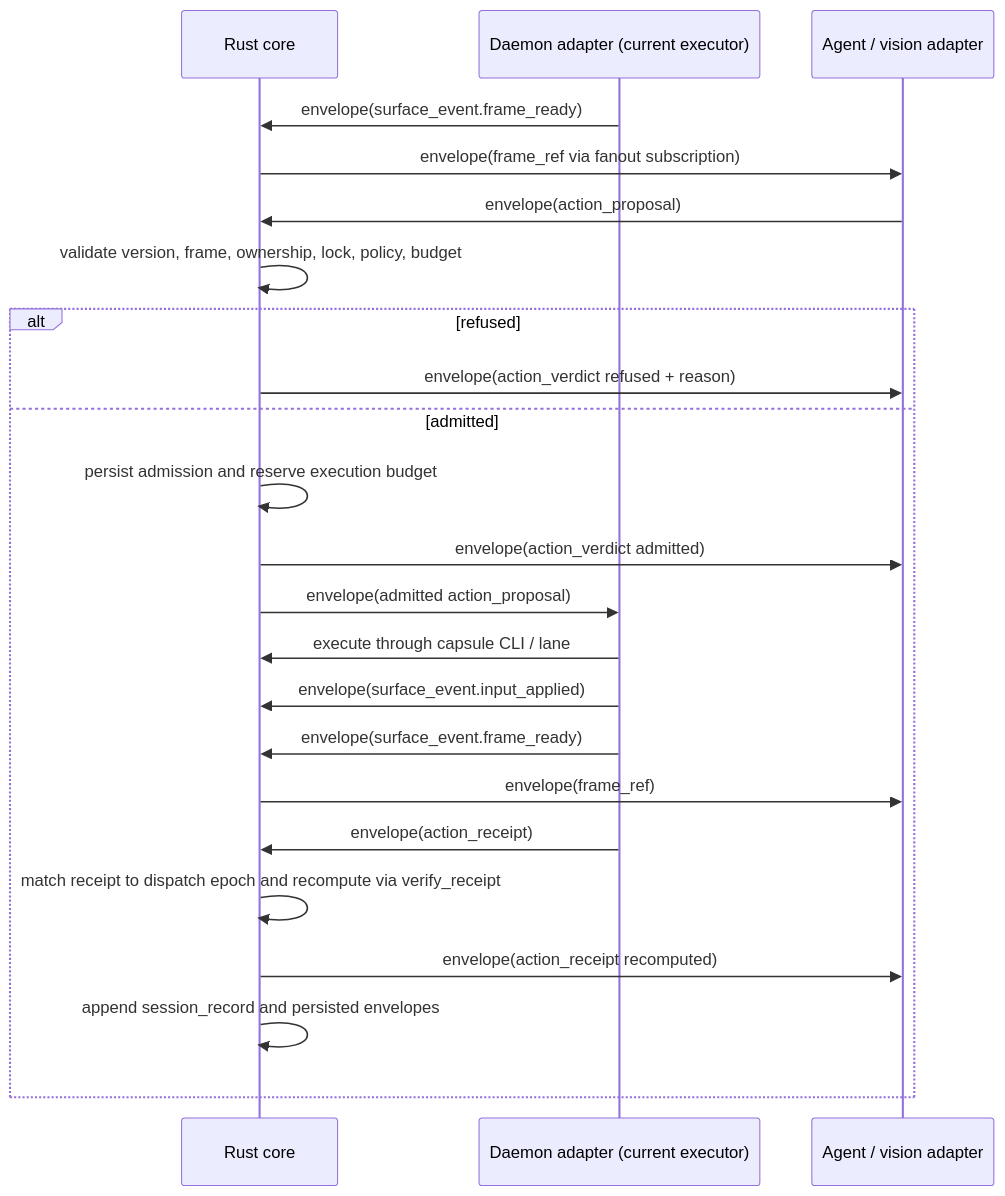
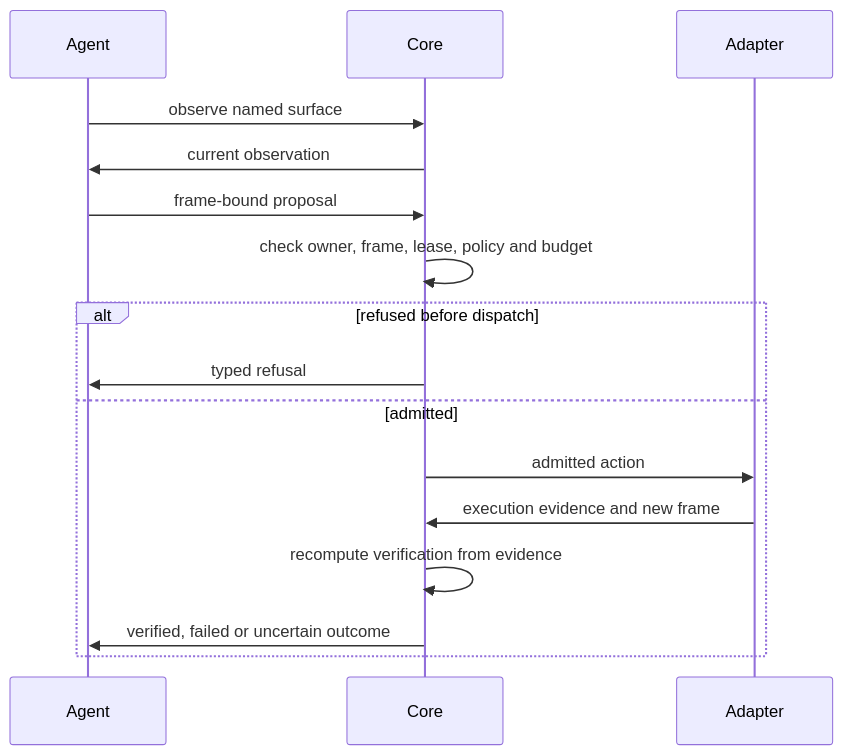
Before and after one commit to oguirado/MetaViewer: the second of 2 diagrams in docs/ARCHITECTURE.md, drawn with Mermaid. The commit also changed other lines of this file and 2289 other files, not shown here.

````diff
--- a/docs/ARCHITECTURE.md
+++ b/docs/ARCHITECTURE.md
@@ -227,25 +111,18 @@
 ```mermaid
 sequenceDiagram
-    participant C as Rust core
-    participant D as Daemon adapter (current executor)
-    participant A as Agent / vision adapter
-    D->>C: envelope(surface_event.frame_ready)
-    C->>A: envelope(frame_ref via fanout subscription)
-    A->>C: envelope(action_proposal)
-    C->>C: validate version, frame, ownership, lock, policy, budget
-    alt refused
-        C->>A: envelope(action_verdict refused + reason)
+    participant A as Agent
+    participant C as Core
+    participant D as Adapter
+    A->>C: observe named surface
+    C->>A: current observation
+    A->>C: frame-bound proposal
+    C->>C: check owner, frame, lease, policy and budget
+    alt refused before dispatch
+        C->>A: typed refusal
     else admitted
-        C->>C: persist admission and reserve execution budget
-        C->>A: envelope(action_verdict admitted)
-        C->>D: envelope(admitted action_proposal)
-        D->>C: execute through capsule CLI / lane
-        D->>C: envelope(surface_event.input_applied)
-        D->>C: envelope(surface_event.frame_ready)
-        C->>A: envelope(frame_ref)
-        D->>C: envelope(action_receipt)
-        C->>C: match receipt to dispatch epoch and recompute via verify_receipt
-        C->>A: envelope(action_receipt recomputed)
-        C->>C: append session_record and persisted envelopes
+        C->>D: admitted action
+        D->>C: execution evidence and new frame
+        C->>C: recompute verification from evidence
+        C->>A: verified, failed or uncertain outcome
     end
 ```
````
